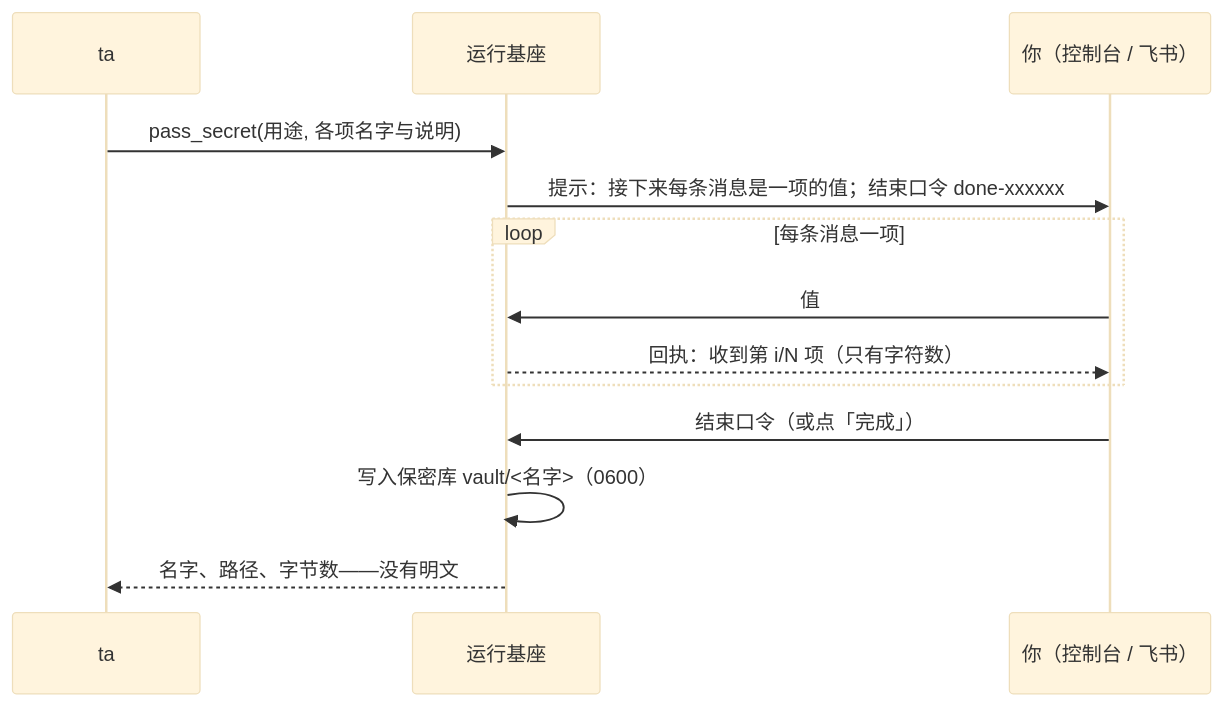
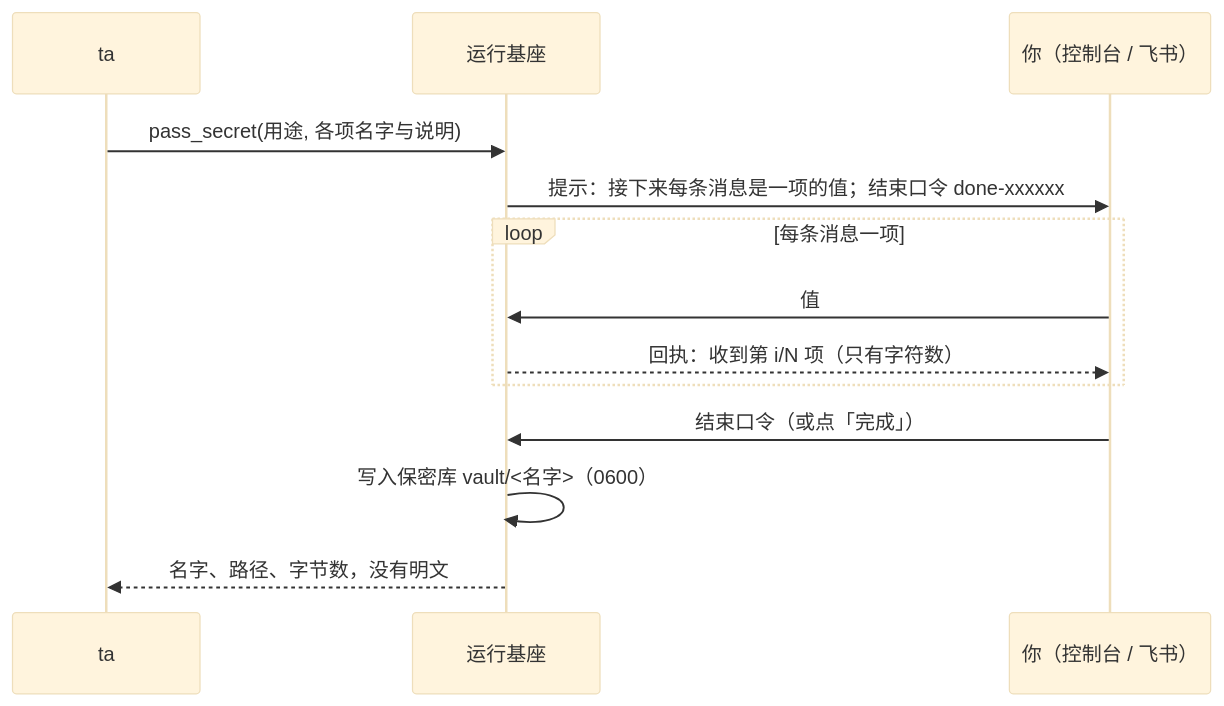
One commit to Causally-XYZ/Project.Quetzal changed the diagram in website/content/docs/zh/guide/secrets.md. Above: the diagram before and after it, drawn with Mermaid (base theme). The commit also changed other lines of this file and 32 other files, not shown here.

````diff
--- a/website/content/docs/zh/guide/secrets.md
+++ b/website/content/docs/zh/guide/secrets.md
@@ -12,15 +12,15 @@
 ```mermaid
 sequenceDiagram
   participant A as ta
   participant W as 运行基座
   participant U as 你（控制台 / 飞书）
   A->>W: pass_secret(用途, 各项名字与说明)
   W->>U: 提示：接下来每条消息是一项的值；结束口令 done-xxxxxx
   loop 每条消息一项
     U->>W: 值
     W-->>U: 回执：收到第 i/N 项（只有字符数）
   end
   U->>W: 结束口令（或点「完成」）
   W->>W: 写入保密库 vault/<名字>（0600）
-  W-->>A: 名字、路径、字节数——没有明文
+  W-->>A: 名字、路径、字节数，没有明文
 ```
````
